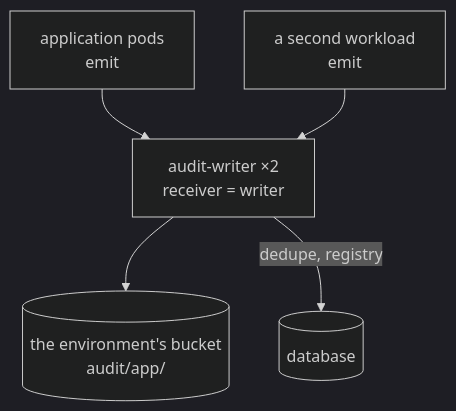
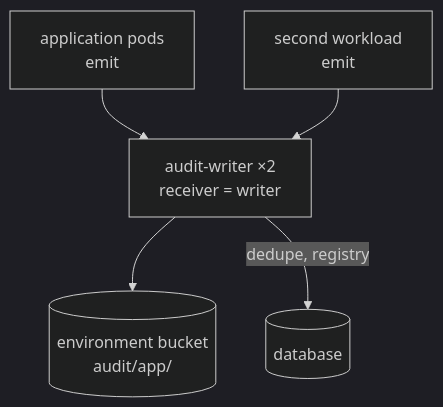
Before and after one commit to truvity/sluis: the first of 3 diagrams in docs/concepts/audit/direct-mode.md, drawn with Mermaid (dark theme). The commit also changed other lines of this file and 61 other files, not shown here.

````diff
--- a/docs/concepts/audit/direct-mode.md
+++ b/docs/concepts/audit/direct-mode.md
@@ -16,12 +11,12 @@
 ```mermaid
 flowchart TB
   E["application pods<br/>emit"]
-  E2["a second workload<br/>emit"]
+  E2["second workload<br/>emit"]
   RW["audit-writer ×2<br/>receiver = writer"]
-  S3[("the environment's bucket<br/>audit/app/")]
+  S3[("environment bucket<br/>audit/app/")]
   PG[("database")]
   E --> RW
   E2 --> RW
   RW --> S3
   RW -- "dedupe, registry" --> PG
 ```
````
